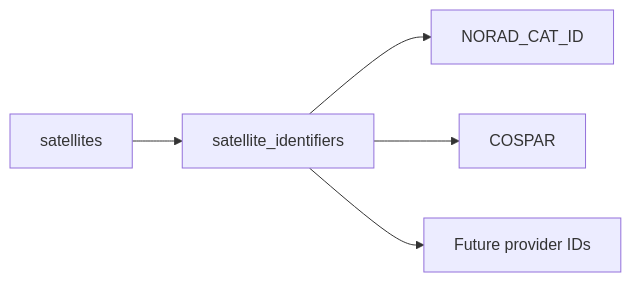
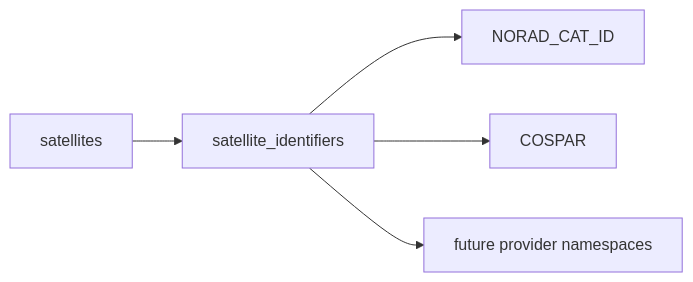
One commit to ExoSpaceLabs/world-sat-monitor changed the second of 6 diagrams in docs/architecture.md. Above: the diagram before and after it, drawn with Mermaid. The commit also changed other lines of this file and 11 other files, not shown here.

````diff
--- a/docs/architecture.md
+++ b/docs/architecture.md
@@ -56,7 +51,7 @@
 ```mermaid
 flowchart LR
     SAT[satellites] --> ID[satellite_identifiers]
-    ID --> N[NORAD_CAT_ID]
-    ID --> C[COSPAR]
-    ID --> X[Future provider IDs]
+    ID --> NORAD[NORAD_CAT_ID]
+    ID --> COSPAR[COSPAR]
+    ID --> FUTURE[future provider namespaces]
 ```
````
